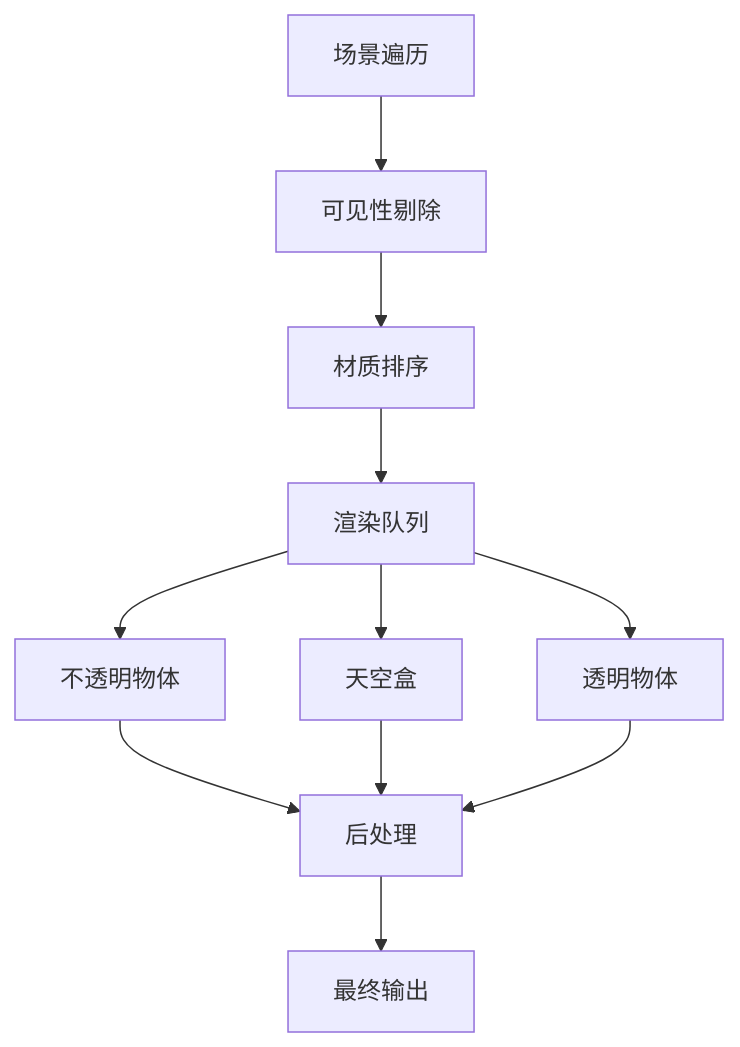
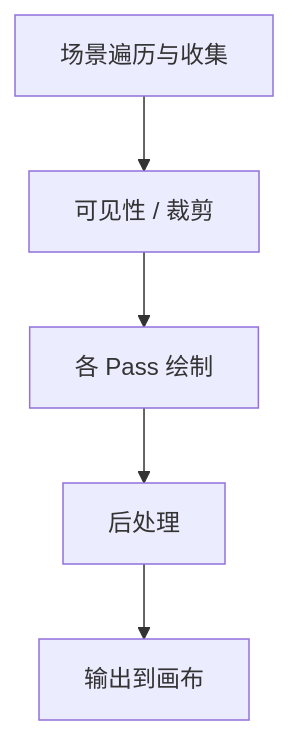
The diagram in docs/core.md (RingsEngine/rings), drawn with Mermaid before and after one commit. The commit also changed other lines of this file and 89 other files, not shown here.

````diff
--- a/docs/core.md
+++ b/docs/core.md
@@ -138,13 +194,7 @@
 ```mermaid
 graph TD
-    A[场景遍历] --> B[可见性剔除]
-    B --> C[材质排序]
-    C --> D[渲染队列]
-    D --> E[不透明物体]
-    D --> F[天空盒]
-    D --> G[透明物体]
-    E --> H[后处理]
-    F --> H
-    G --> H
-    H --> I[最终输出]
+    A[场景遍历与收集] --> B[可见性 / 裁剪]
+    B --> C[各 Pass 绘制]
+    C --> D[后处理]
+    D --> E[输出到画布]
 ```
````
